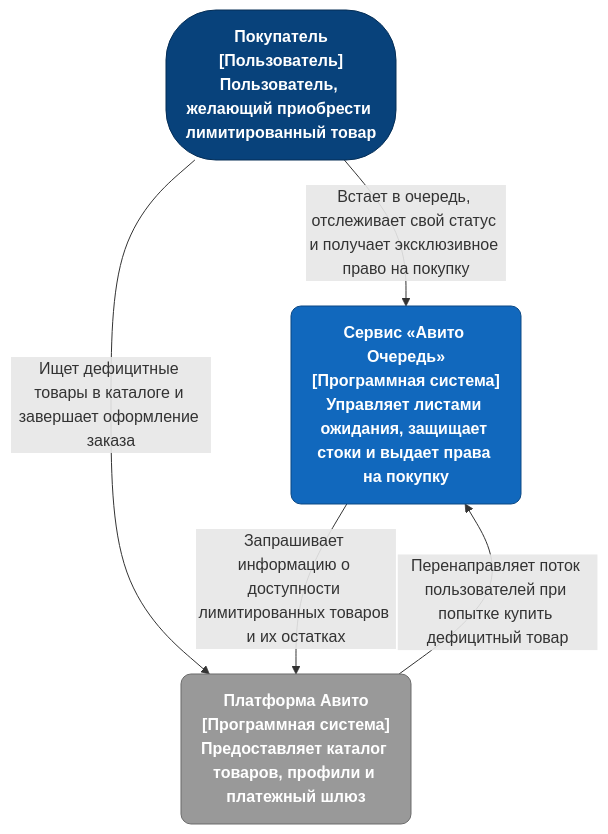
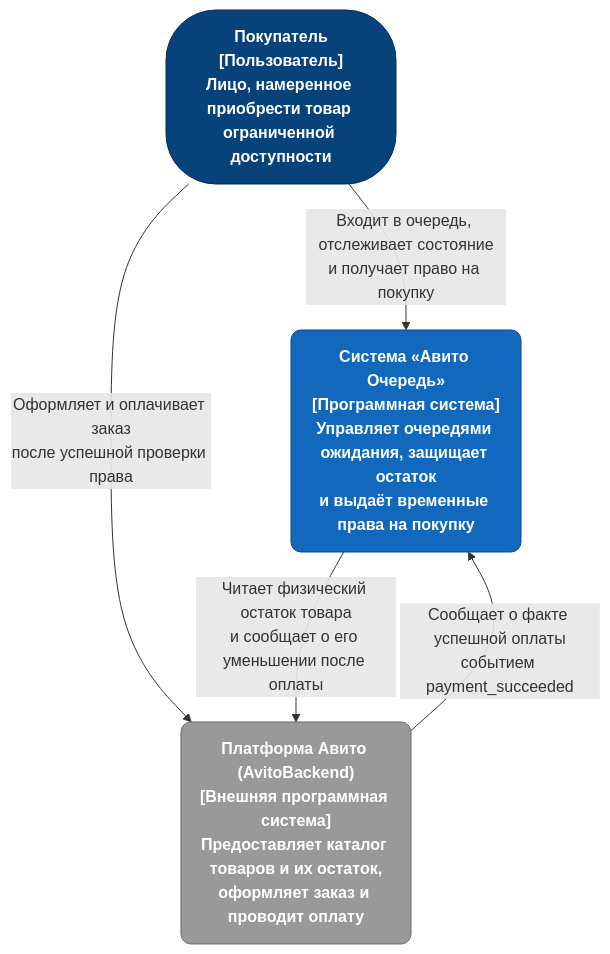
One commit to bigboynixxik/team-10-queue-serivce changed the diagram in docs/c4_context.md. Above: the diagram before and after it, drawn with Mermaid. The commit also changed other lines of this file and 15 other files, not shown here.

````diff
--- a/docs/c4_context.md
+++ b/docs/c4_context.md
@@ -5,19 +7,18 @@
 ```mermaid
 flowchart TD
 classDef person fill:#08427b,stroke:#052e56,color:#ffffff,font-weight:bold,rx:50,ry:50
 classDef system fill:#1168bd,stroke:#0b4884,color:#ffffff,font-weight:bold,rx:10,ry:10
 classDef external fill:#999999,stroke:#6b6b6b,color:#ffffff,font-weight:bold,rx:10,ry:10
 
-%% Акторы и Системы
-User("Покупатель\n[Пользователь]\nПользователь, желающий приобрести лимитированный товар"):::person
+User("Покупатель<br/>[Пользователь]<br/>Лицо, намеренное приобрести товар ограниченной доступности"):::person
 
-System_Queue("Сервис «Авито Очередь»\n[Программная система]\nУправляет листами ожидания, защищает стоки и выдает права на покупку"):::system
+System_Queue("Система «Авито Очередь»<br/>[Программная система]<br/>Управляет очередями ожидания, защищает остаток<br/>и выдаёт временные права на покупку"):::system
 
-System_Avito("Платформа Авито\n[Программная система]\nПредоставляет каталог товаров, профили и платежный шлюз"):::external
+System_Avito("Платформа Авито (AvitoBackend)<br/>[Внешняя программная система]<br/>Предоставляет каталог товаров и их остаток,<br/>оформляет заказ и проводит оплату"):::external
 
-%% Связи (Функции взаимодействия)
-User -- Встает в очередь, отслеживает свой статус и получает эксклюзивное право на покупку --> System_Queue
-User -- Ищет дефицитные товары в каталоге и завершает оформление заказа --> System_Avito
-System_Queue -- Запрашивает информацию о доступности лимитированных товаров и их остатках --> System_Avito
-System_Avito -- Перенаправляет поток пользователей при попытке купить дефицитный товар --> System_Queue
+User -- "Входит в очередь, отслеживает состояние<br/>и получает право на покупку" --> System_Queue
+User -- "Оформляет и оплачивает заказ<br/>после успешной проверки права" --> System_Avito
+
+System_Queue -- "Читает физический остаток товара<br/>и сообщает о его уменьшении после оплаты" --> System_Avito
+System_Avito -- "Сообщает о факте успешной оплаты<br/>событием payment_succeeded" --> System_Queue
 ```
````
